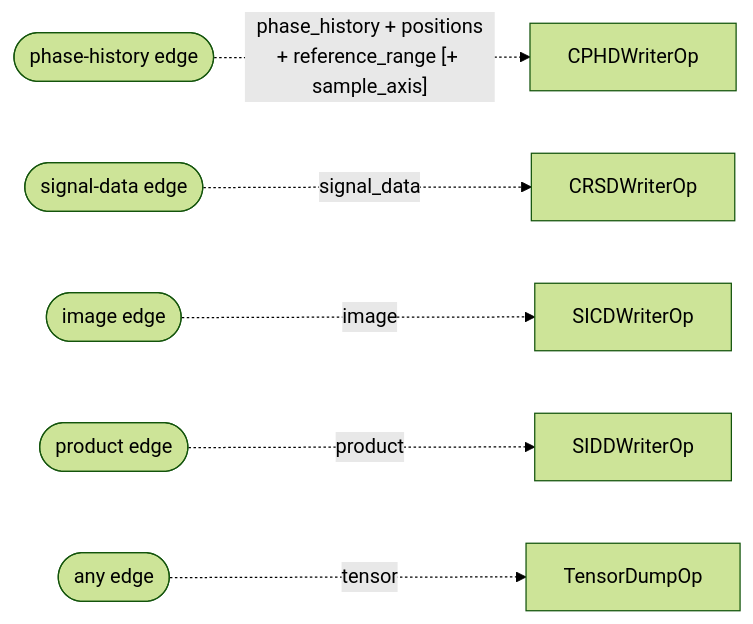
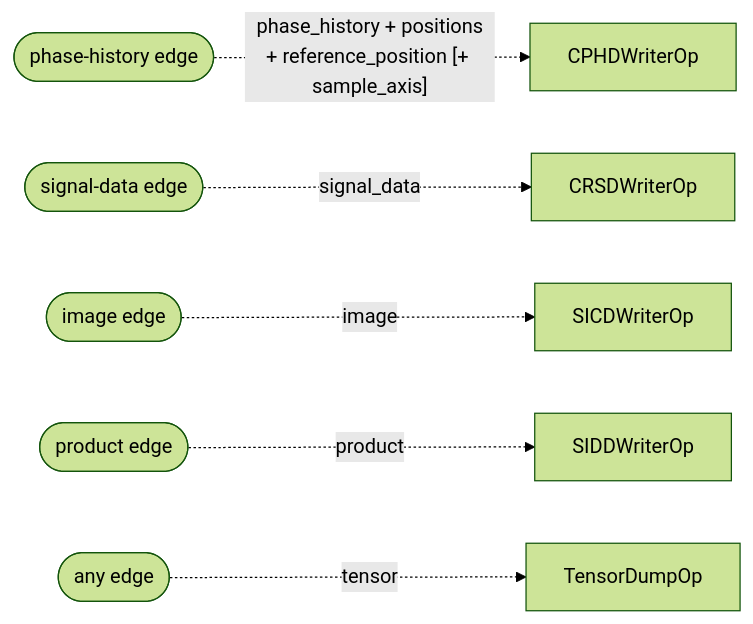
Before and after one commit to nvidia-holoscan/holoscan-radar: the third of 3 diagrams in docs/planning/SAR/WORKFLOWS.md, drawn with Mermaid (forest theme). The commit also changed other lines of this file and 2 other files, not shown here.

First line of the commit message:
Docs: Centre the SAR range axis and carry the reference as a position

````diff
--- a/docs/planning/SAR/WORKFLOWS.md
+++ b/docs/planning/SAR/WORKFLOWS.md
@@ -222,8 +222,8 @@
 ```mermaid
 flowchart LR
-  PH(["phase-history edge"]) -.->|"phase_history + positions<br>+ reference_range [+ sample_axis]"| CW["CPHDWriterOp"]
+  PH(["phase-history edge"]) -.->|"phase_history + positions<br>+ reference_position [+ sample_axis]"| CW["CPHDWriterOp"]
   SIG(["signal-data edge"]) -.->|"signal_data"| CRW["CRSDWriterOp"]
   IMG(["image edge"]) -.->|"image"| SIC["SICDWriterOp"]
   PROD(["product edge"]) -.->|"product"| SID["SIDDWriterOp"]
   ANY(["any edge"]) -.->|"tensor"| TD["TensorDumpOp"]
 ```
````
